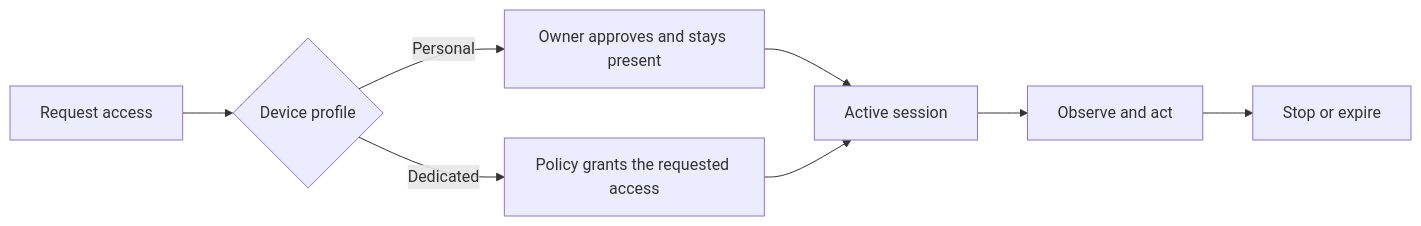
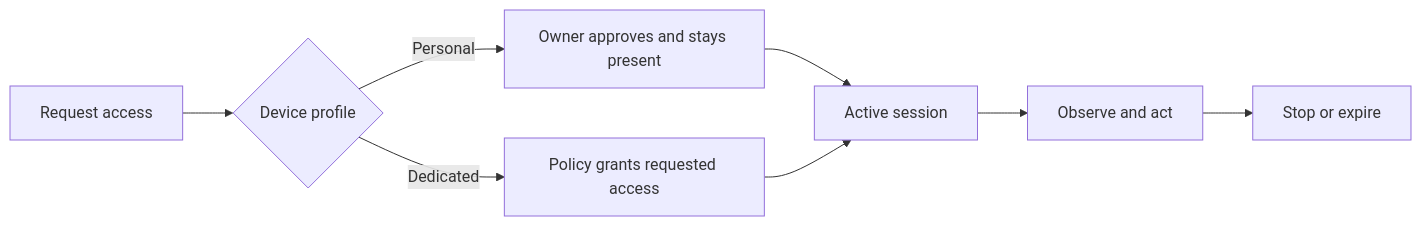
One commit to UpstandPlatform/mobile-use changed the second of 2 diagrams in README.md. Above: the diagram before and after it, drawn with Mermaid. The commit also changed other lines of this file and 16 other files, not shown here.

````diff
--- a/README.md
+++ b/README.md
@@ -92,10 +96,10 @@
 ```mermaid
 flowchart LR
-    Request["Request access"] --> Profile{"Device profile"}
-    Profile -->|"Personal"| Consent["Owner approves and stays present"]
-    Profile -->|"Dedicated"| Grant["Policy grants the requested access"]
-    Consent --> Lease["Active session"]
+    Request[Request access] --> Profile{Device profile}
+    Profile -->|Personal| Consent[Owner approves and stays present]
+    Profile -->|Dedicated| Grant[Policy grants requested access]
+    Consent --> Lease[Active session]
     Grant --> Lease
-    Lease --> Control["Observe and act"]
-    Control --> End["Stop or expire"]
+    Lease --> Control[Observe and act]
+    Control --> End[Stop or expire]
 ```
````
